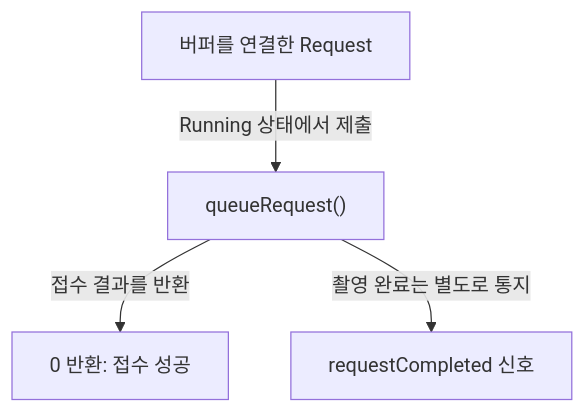
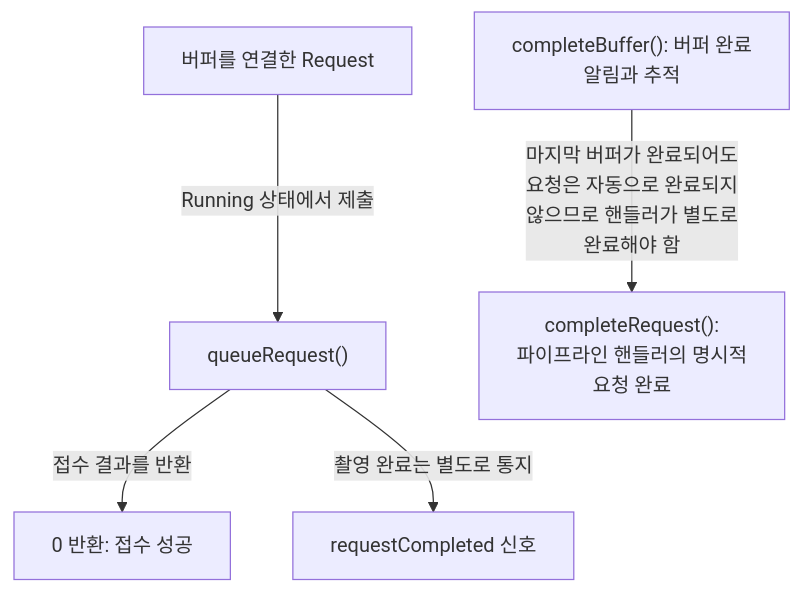
The diagram in docs/overview.submission-completion.mmd (TTolsun/libcamera-sdd), drawn with Mermaid before and after one commit. The commit also changed 41 other files, not shown here.

Commit message:
Publish clearer request completion and investigation resumption guidance

```diff
--- a/docs/overview.submission-completion.mmd
+++ b/docs/overview.submission-completion.mmd
@@ -1,9 +1,12 @@
 flowchart TB
-%% sdd:translations {"0 반환: 접수 성공": "Return 0: submission <br/>accepted", "Running 상태에서 제출": "Submit in Running state", "queueRequest#40;#41;": "queueRequest#40;#41;", "requestCompleted 신호": "requestCompleted signal", "버퍼를 연결한 Request": "Request with capture buffers", "접수 결과를 반환": "Return submission result", "촬영 완료는 별도로 통지": "Notify completion separately"}
+%% sdd:translations {"0 반환: 접수 성공": "Return 0: submission <br/>accepted", "Running 상태에서 제출": "Submit in Running state", "completeBuffer#40;#41;: 버퍼 완료 <br/>알림과 추적": "completeBuffer#40;#41;: buffer <br/>completion notification and <br/>tracking", "completeRequest#40;#41;: <br/>파이프라인 핸들러의 명시적 <br/>요청 완료": "completeRequest#40;#41;: explicit <br/>request completion by the <br/>pipeline handler", "queueRequest#40;#41;": "queueRequest#40;#41;", "requestCompleted 신호": "requestCompleted signal", "마지막 버퍼가 완료되어도 <br/>요청은 자동으로 완료되지 <br/>않으므로 핸들러가 별도로 <br/>완료해야 함": "Even the last buffer does <br/>not automatically complete <br/>the request; the handler <br/>must complete it separately", "버퍼를 연결한 Request": "Request with capture buffers", "접수 결과를 반환": "Return submission result", "촬영 완료는 별도로 통지": "Notify completion separately"}
   v_request["버퍼를 연결한 Request"]
   v_queue["queueRequest#40;#41;"]
   v_accepted["0 반환: 접수 성공"]
   v_signal["requestCompleted 신호"]
+  v_complete-buffer["completeBuffer#40;#41;: 버퍼 완료 <br/>알림과 추적"]
+  v_complete-request["completeRequest#40;#41;: <br/>파이프라인 핸들러의 명시적 <br/>요청 완료"]
   v_request -->|"Running 상태에서 제출"| v_queue
   v_queue -->|"접수 결과를 반환"| v_accepted
   v_queue -->|"촬영 완료는 별도로 통지"| v_signal
+  v_complete-buffer -->|"마지막 버퍼가 완료되어도 <br/>요청은 자동으로 완료되지 <br/>않으므로 핸들러가 별도로 <br/>완료해야 함"| v_complete-request
```
